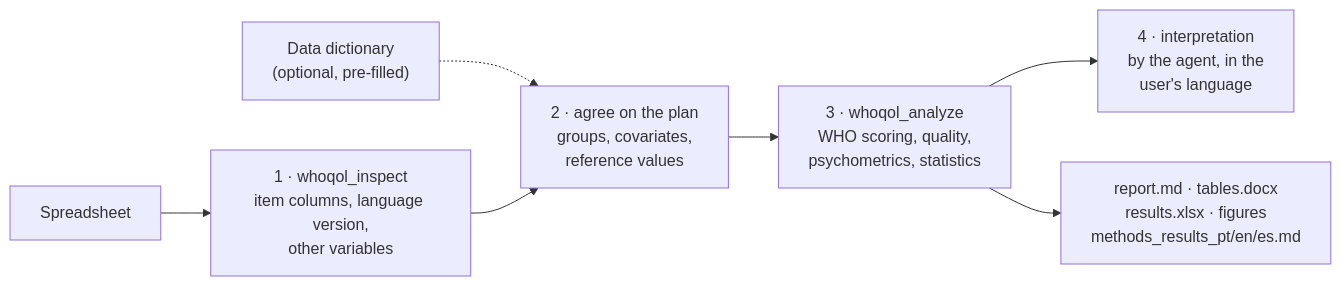
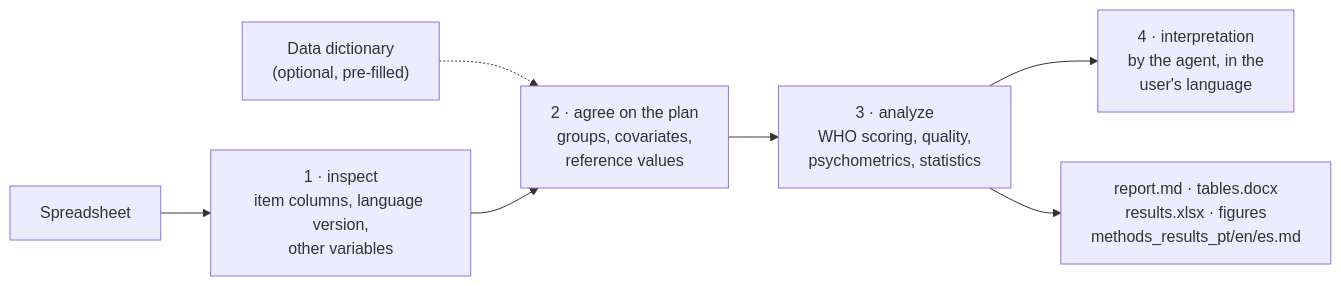
One commit to LaBiOmicS/whoqol-toolkit changed the diagram in README.md. Above: the diagram before and after it, drawn with Mermaid. The commit also changed other lines of this file and 45 other files, not shown here.

````diff
--- a/README.md
+++ b/README.md
@@ -63,9 +63,9 @@
 ```mermaid
 flowchart LR
-    A["Spreadsheet"] --> B["1 · whoqol_inspect<br/>item columns, language version,<br/>other variables"]
+    A["Spreadsheet"] --> B["1 · inspect<br/>item columns, language version,<br/>other variables"]
     M["Data dictionary<br/>(optional, pre-filled)"] -.-> C
     B --> C["2 · agree on the plan<br/>groups, covariates,<br/>reference values"]
-    C --> D["3 · whoqol_analyze<br/>WHO scoring, quality,<br/>psychometrics, statistics"]
+    C --> D["3 · analyze<br/>WHO scoring, quality,<br/>psychometrics, statistics"]
     D --> E["4 · interpretation<br/>by the agent, in the<br/>user's language"]
     D --> F["report.md · tables.docx<br/>results.xlsx · figures<br/>methods_results_pt/en/es.md"]
 ```
````
